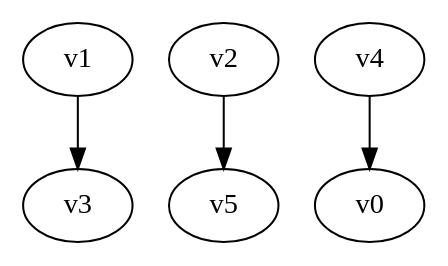
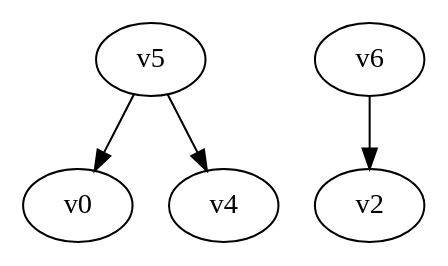
One commit to yadej/graph_project changed the diagram in digraph.dot. Above: the diagram before and after it, drawn with Graphviz. The commit also changed 5 other files, not shown here.

```diff
--- a/digraph.dot
+++ b/digraph.dot
@@ -1,5 +1,5 @@
 digraph G { 
-v1 -> v3;
-v2 -> v5;
-v4 -> v0;
+v5 -> v0;
+v5 -> v4;
+v6 -> v2;
 }
```
